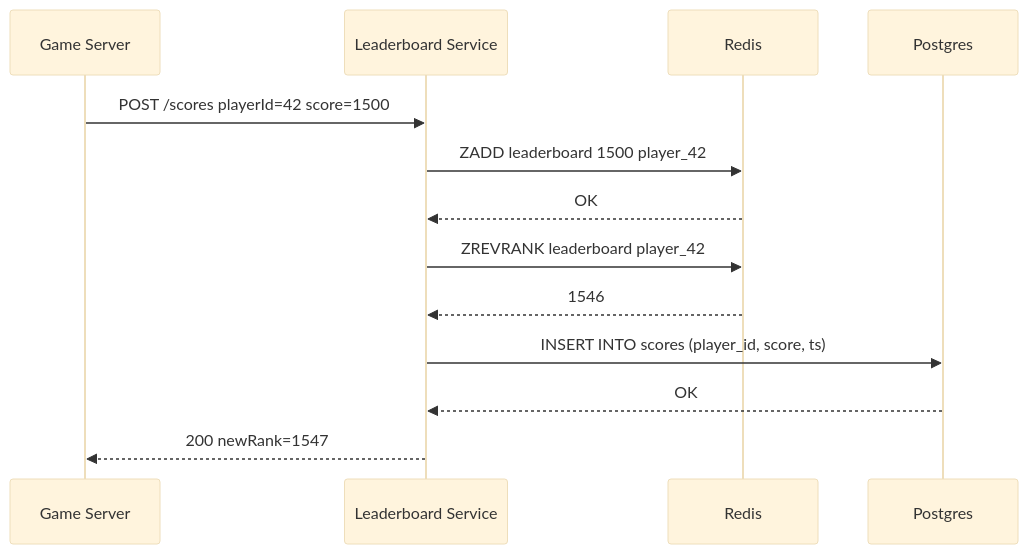
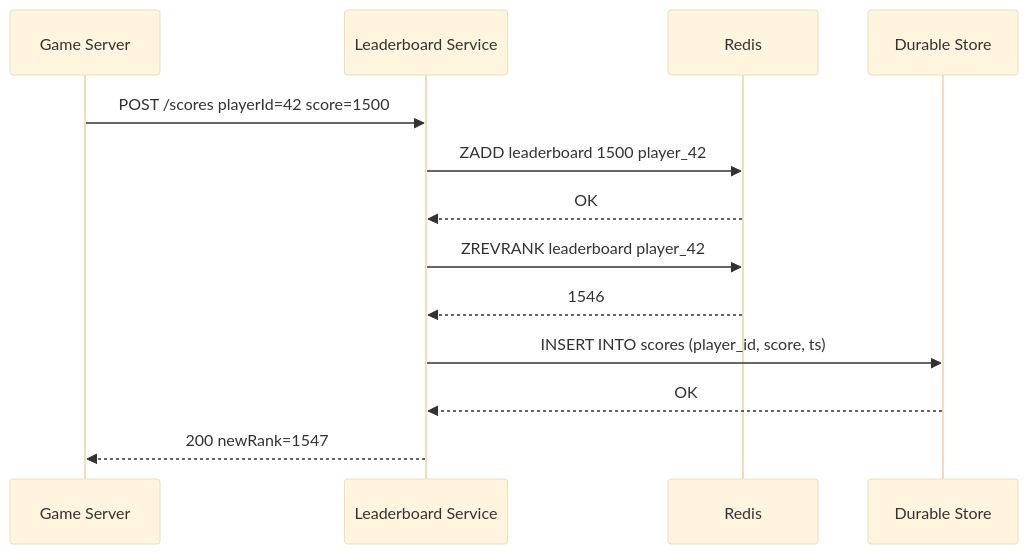
One commit to iluzn/HLD-Designs changed the fifth of 7 diagrams in content/hld/Leaderboard.md. Above: the diagram before and after it, drawn with Mermaid (base theme). The commit also changed other lines of this file, not shown here.

First line of the commit message:
fix(hld): Make leaderboard durable store tech-agnostic

````diff
--- a/content/hld/Leaderboard.md
+++ b/content/hld/Leaderboard.md
@@ -262,16 +262,16 @@
 ```mermaid
 sequenceDiagram
     participant G as Game Server
     participant API as Leaderboard Service
     participant R as Redis
-    participant DB as Postgres
+    participant DB as Durable Store
 
     G->>API: POST /scores playerId=42 score=1500
     API->>R: ZADD leaderboard 1500 player_42
     R-->>API: OK
     API->>R: ZREVRANK leaderboard player_42
     R-->>API: 1546
     API->>DB: INSERT INTO scores (player_id, score, ts)
     DB-->>API: OK
     API-->>G: 200 newRank=1547
 ```
````
